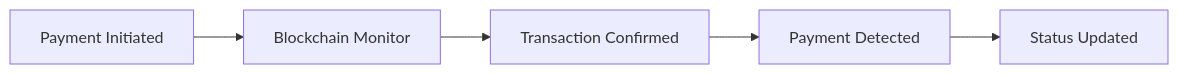
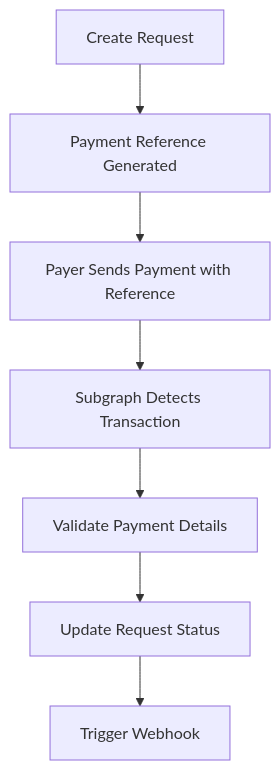
The diagram in api-features/payment-detection.mdx (RequestNetwork/mintlify-docs), drawn with Mermaid before and after one commit. The commit also changed other lines of this file and 18 other files, not shown here.

````diff
--- a/api-features/payment-detection.mdx
+++ b/api-features/payment-detection.mdx
@@ -24,7 +12,9 @@
 ```mermaid
-graph LR
-    A[Payment Initiated] --> B[Blockchain Monitor]
-    B --> C[Transaction Confirmed]
-    C --> D[Payment Detected]
-    D --> E[Status Updated]
+graph TD
+    A[Create Request] --> B[Payment Reference Generated]
+    B --> C[Payer Sends Payment with Reference]
+    C --> D[Subgraph Detects Transaction]
+    D --> E[Validate Payment Details]
+    E --> F[Update Request Status]
+    F --> G[Trigger Webhook]
 ```
````
